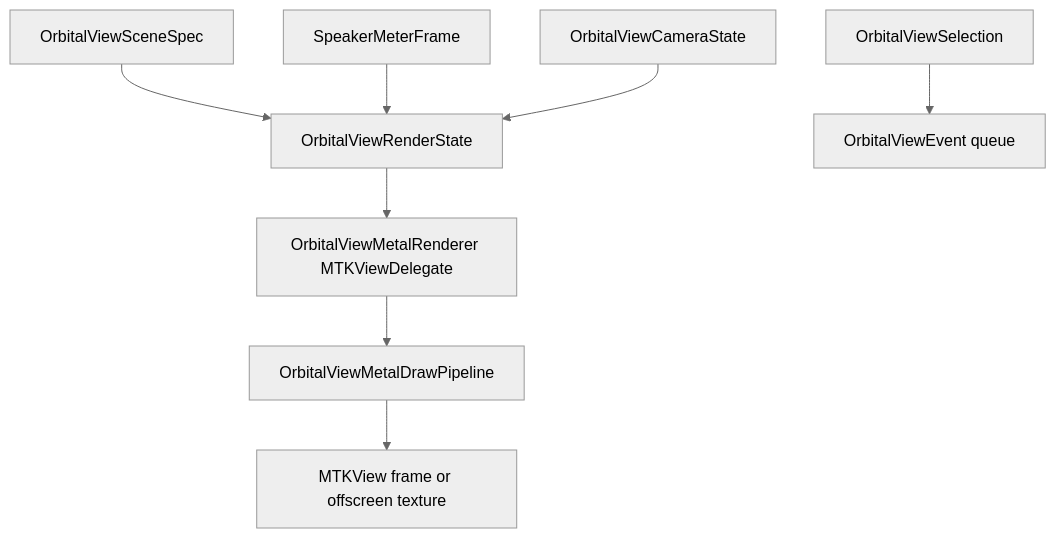
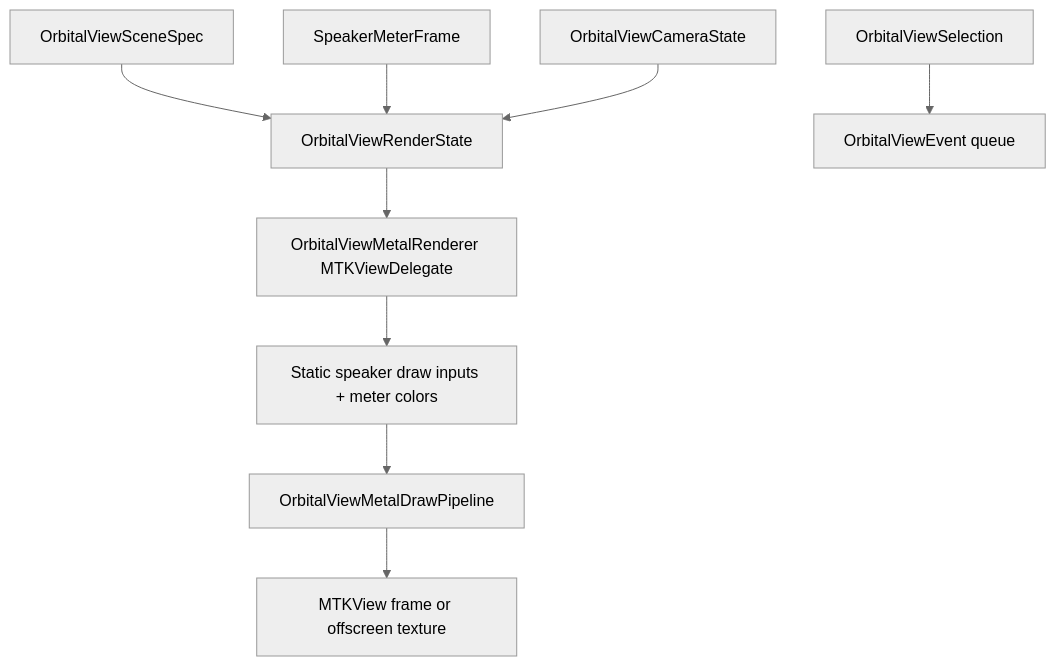
The fifth of 9 diagrams in docs/system-flows.md (jebagu/orbital-view), drawn with Mermaid (neutral theme) before and after one commit. The commit also changed other lines of this file and 17 other files, not shown here.

````diff
--- a/docs/system-flows.md
+++ b/docs/system-flows.md
@@ -50,10 +50,11 @@
 ```mermaid
 flowchart TD
   Scene["OrbitalViewSceneSpec"] --> State["OrbitalViewRenderState"]
   Meters["SpeakerMeterFrame"] --> State
   Camera["OrbitalViewCameraState"] --> State
   Selection["OrbitalViewSelection"] --> Events["OrbitalViewEvent queue"]
   State --> Delegate["OrbitalViewMetalRenderer MTKViewDelegate"]
-  Delegate --> Pipeline["OrbitalViewMetalDrawPipeline"]
+  Delegate --> Inputs["Static speaker draw inputs + meter colors"]
+  Inputs --> Pipeline["OrbitalViewMetalDrawPipeline"]
   Pipeline --> Frame["MTKView frame or offscreen texture"]
 ```
````
